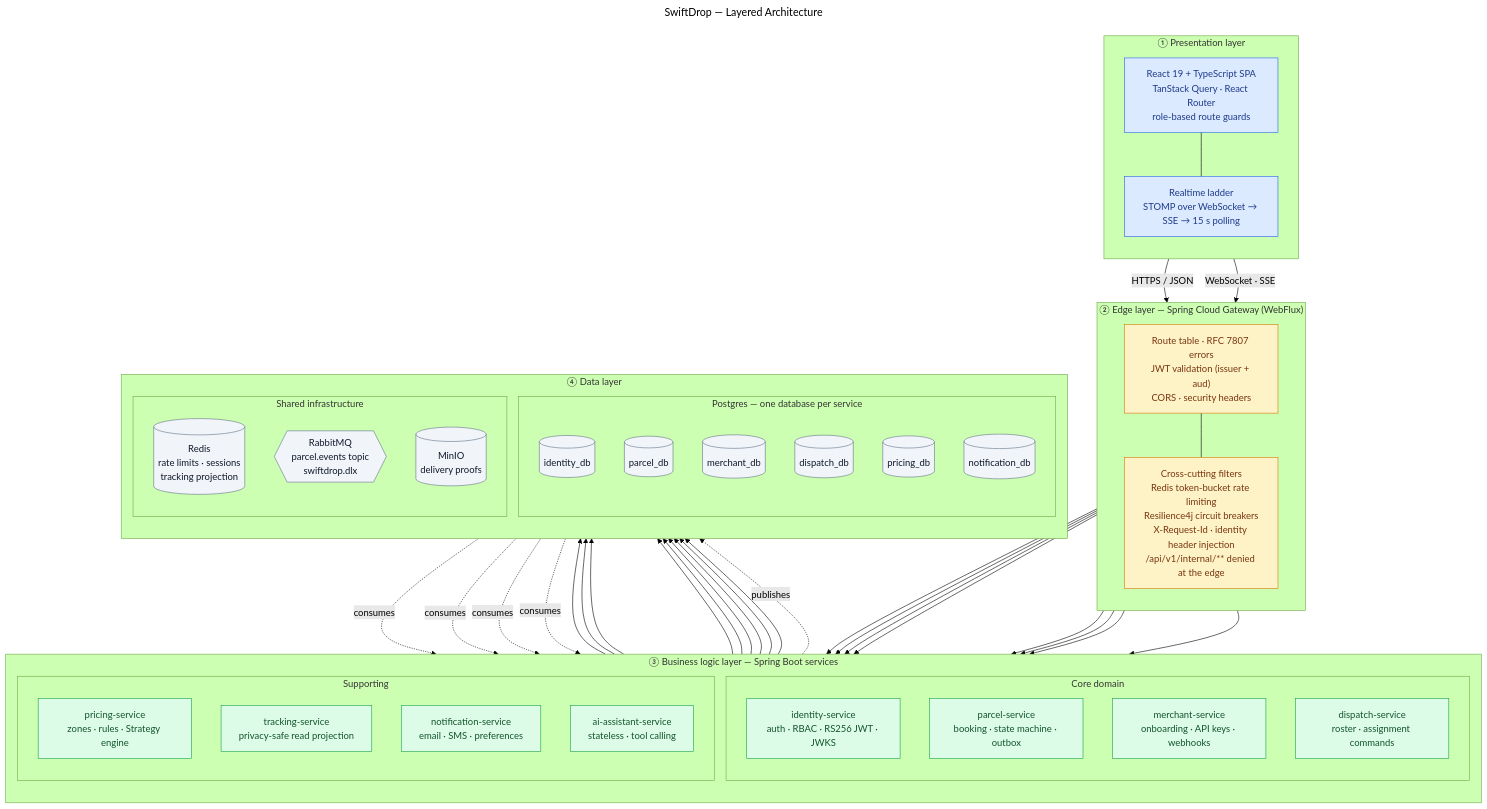
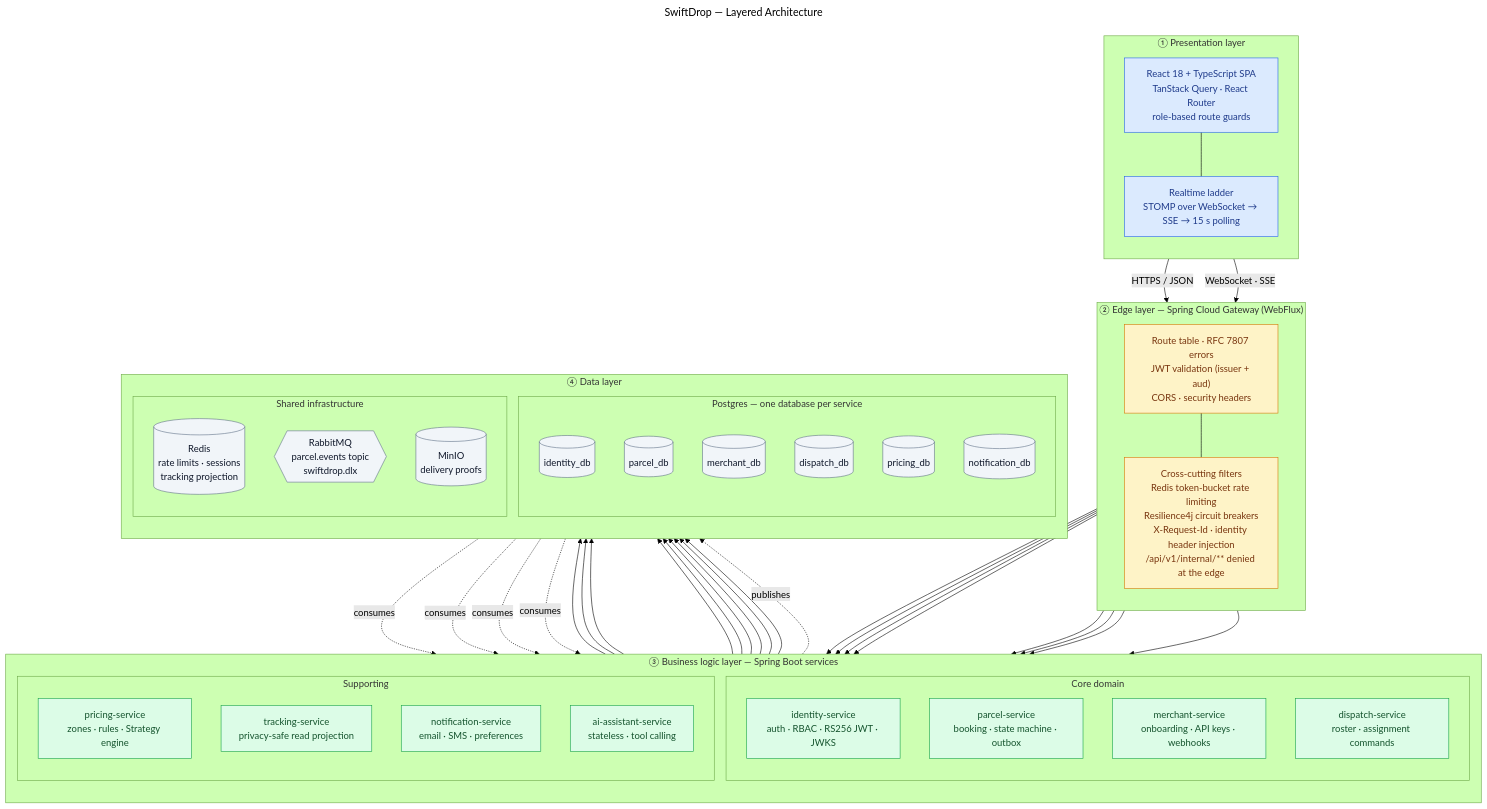
The ninth of 18 diagrams in docs/DESIGN.md (Kevin200307/enterpriseProject), drawn with Mermaid (forest theme) before and after one commit. The commit also changed other lines of this file and 6 other files, not shown here.

First line of the commit message:
Add LaTeX project report with verified content and all 18 diagrams

```diff
--- a/docs/DESIGN.md
+++ b/docs/DESIGN.md
@@ -1149,7 +1149,7 @@
 
     subgraph PRES["① Presentation layer"]
         direction TB
-        SPA["React 19 + TypeScript SPA<br/>TanStack Query · React Router<br/>role-based route guards"]
+        SPA["React 18 + TypeScript SPA<br/>TanStack Query · React Router<br/>role-based route guards"]
         RT["Realtime ladder<br/>STOMP over WebSocket → SSE → 15 s polling"]
         SPA --- RT
     end
```
